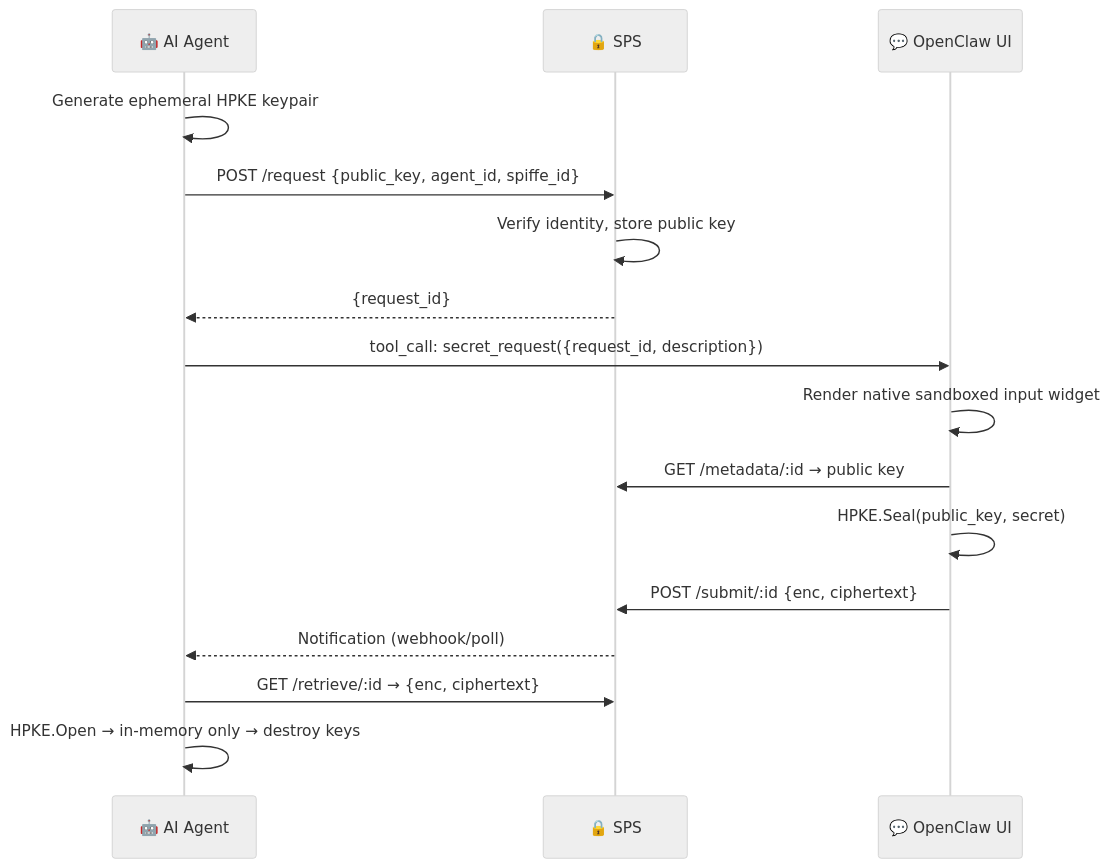
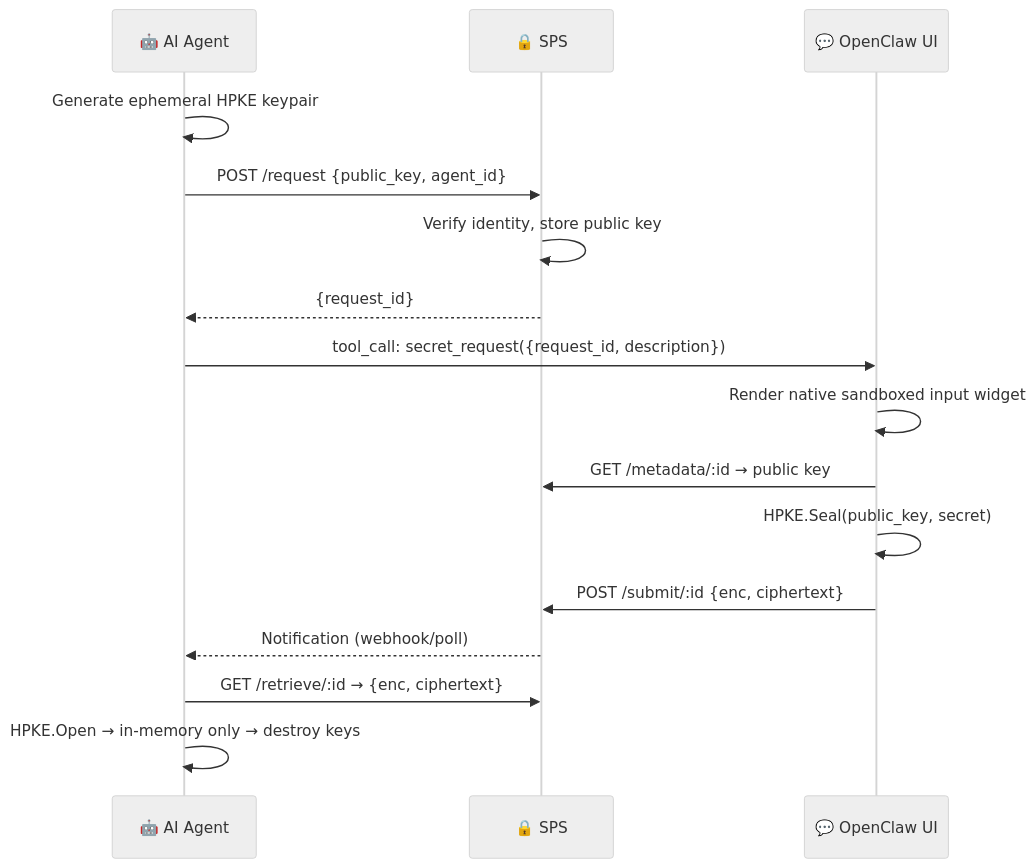
One commit to atas-tech/agent-kryptos changed the first of 3 diagrams in docs/architecture/Brainstorm Secure Secret System.md. Above: the diagram before and after it, drawn with Mermaid (neutral theme). The commit also changed other lines of this file and 28 other files, not shown here.

````diff
--- a/docs/architecture/Brainstorm Secure Secret System.md
+++ b/docs/architecture/Brainstorm Secure Secret System.md
@@ -18,19 +18,19 @@
 ```mermaid
 sequenceDiagram
     participant Agent as 🤖 AI Agent
     participant SPS as 🔒 SPS
     participant UI as 💬 OpenClaw UI
 
     Agent->>Agent: Generate ephemeral HPKE keypair
-    Agent->>SPS: POST /request {public_key, agent_id, spiffe_id}
+    Agent->>SPS: POST /request {public_key, agent_id}
     SPS->>SPS: Verify identity, store public key
     SPS-->>Agent: {request_id}
     Agent->>UI: tool_call: secret_request({request_id, description})
     UI->>UI: Render native sandboxed input widget
     UI->>SPS: GET /metadata/:id → public key
     UI->>UI: HPKE.Seal(public_key, secret)
     UI->>SPS: POST /submit/:id {enc, ciphertext}
     SPS-->>Agent: Notification (webhook/poll)
     Agent->>SPS: GET /retrieve/:id → {enc, ciphertext}
     Agent->>Agent: HPKE.Open → in-memory only → destroy keys
 ```
````
